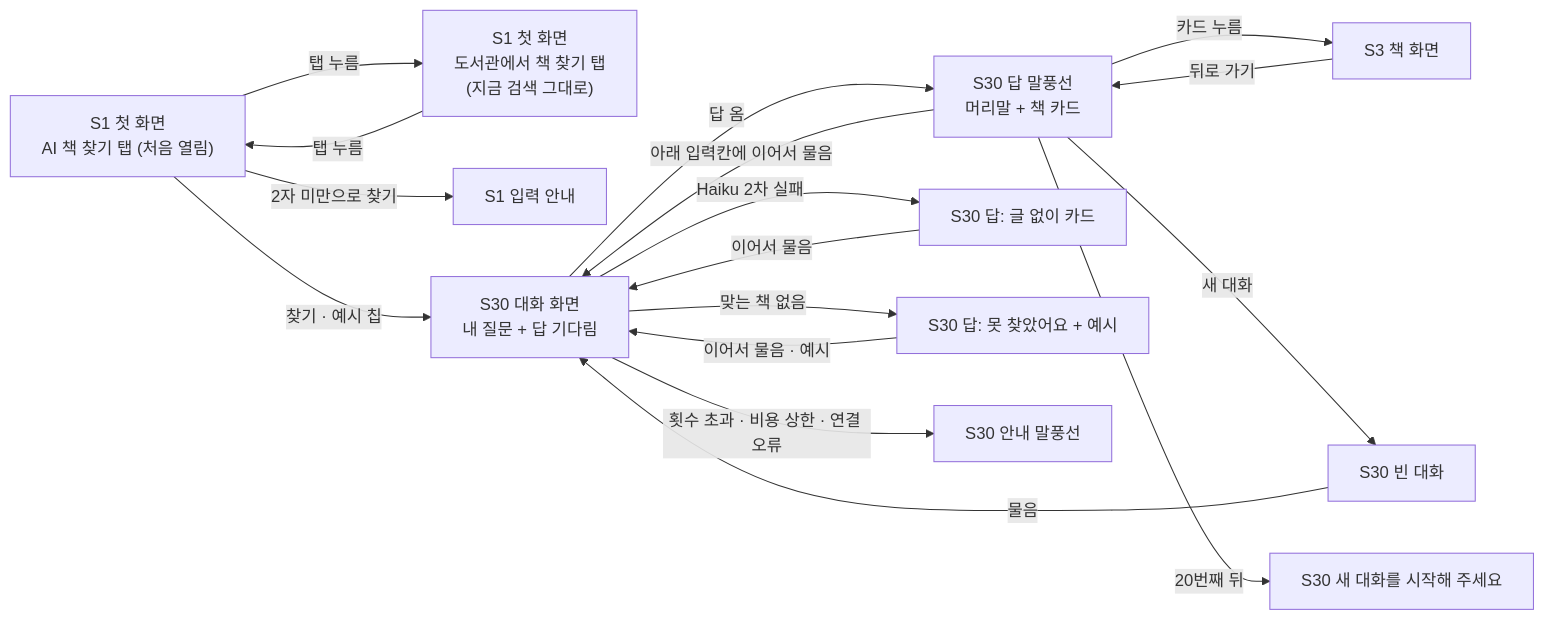
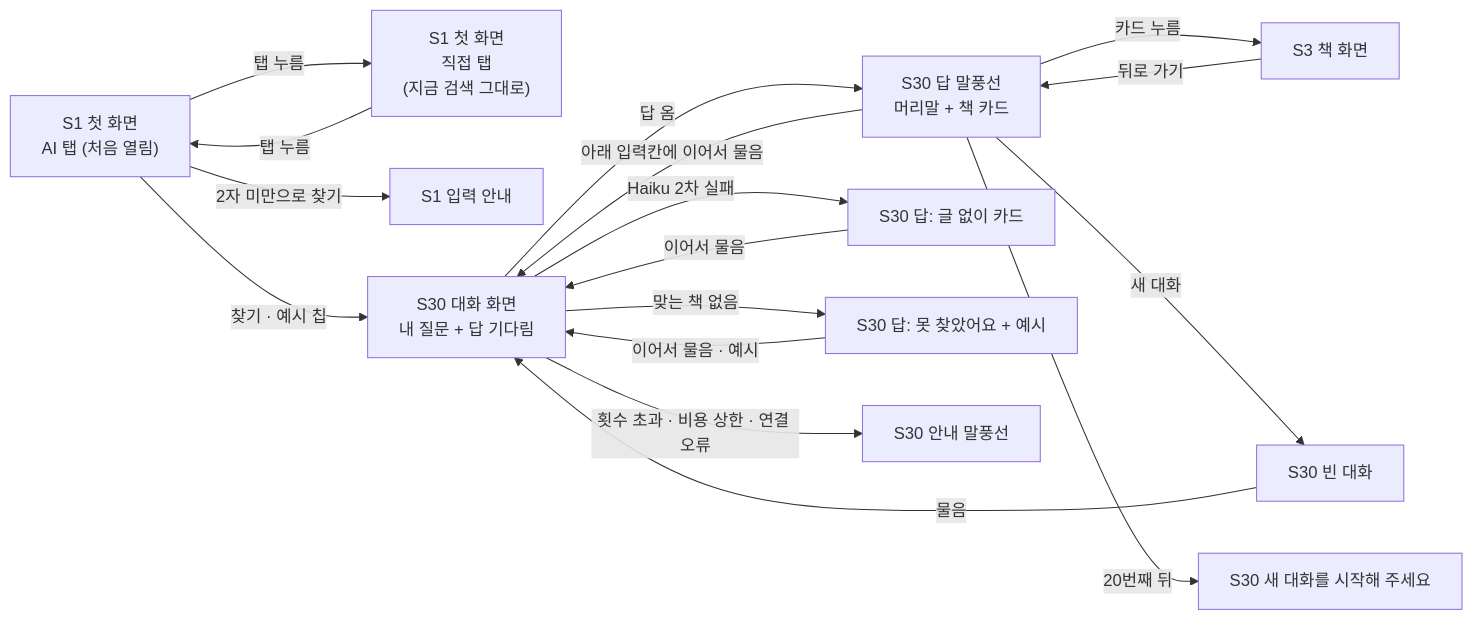
One commit to hodu-sketch/chaekcheck-plan changed the diagram in docs/cycles/24-ai-book-search/flow.md. Above: the diagram before and after it, drawn with Mermaid. The commit also changed other lines of this file and 8 other files, not shown here.

````diff
--- a/docs/cycles/24-ai-book-search/flow.md
+++ b/docs/cycles/24-ai-book-search/flow.md
@@ -10,19 +10,19 @@
 ```mermaid
 flowchart LR
-  S1A["S1 첫 화면<br>AI 책 찾기 탭 (처음 열림)"] -->|탭 누름| S1L["S1 첫 화면<br>도서관에서 책 찾기 탭<br>(지금 검색 그대로)"]
+  S1A["S1 첫 화면<br>AI 탭 (처음 열림)"] -->|탭 누름| S1L["S1 첫 화면<br>직접 탭<br>(지금 검색 그대로)"]
   S1L -->|탭 누름| S1A
   S1A -->|2자 미만으로 찾기| S1E["S1 입력 안내"]
   S1A -->|찾기 · 예시 칩| C["S30 대화 화면<br>내 질문 + 답 기다림"]
   C -->|답 옴| A["S30 답 말풍선<br>머리말 + 책 카드"]
   C -->|Haiku 2차 실패| AN["S30 답: 글 없이 카드"]
   C -->|맞는 책 없음| A0["S30 답: 못 찾았어요 + 예시"]
   C -->|횟수 초과 · 비용 상한 · 연결 오류| AX["S30 안내 말풍선"]
   A -->|아래 입력칸에 이어서 물음| C
   AN -->|이어서 물음| C
   A0 -->|이어서 물음 · 예시| C
   A -->|카드 누름| S3["S3 책 화면"]
   S3 -->|뒤로 가기| A
   A -->|새 대화| C0["S30 빈 대화"]
   C0 -->|물음| C
   A -->|20번째 뒤| AE["S30 새 대화를 시작해 주세요"]
 ```
````
